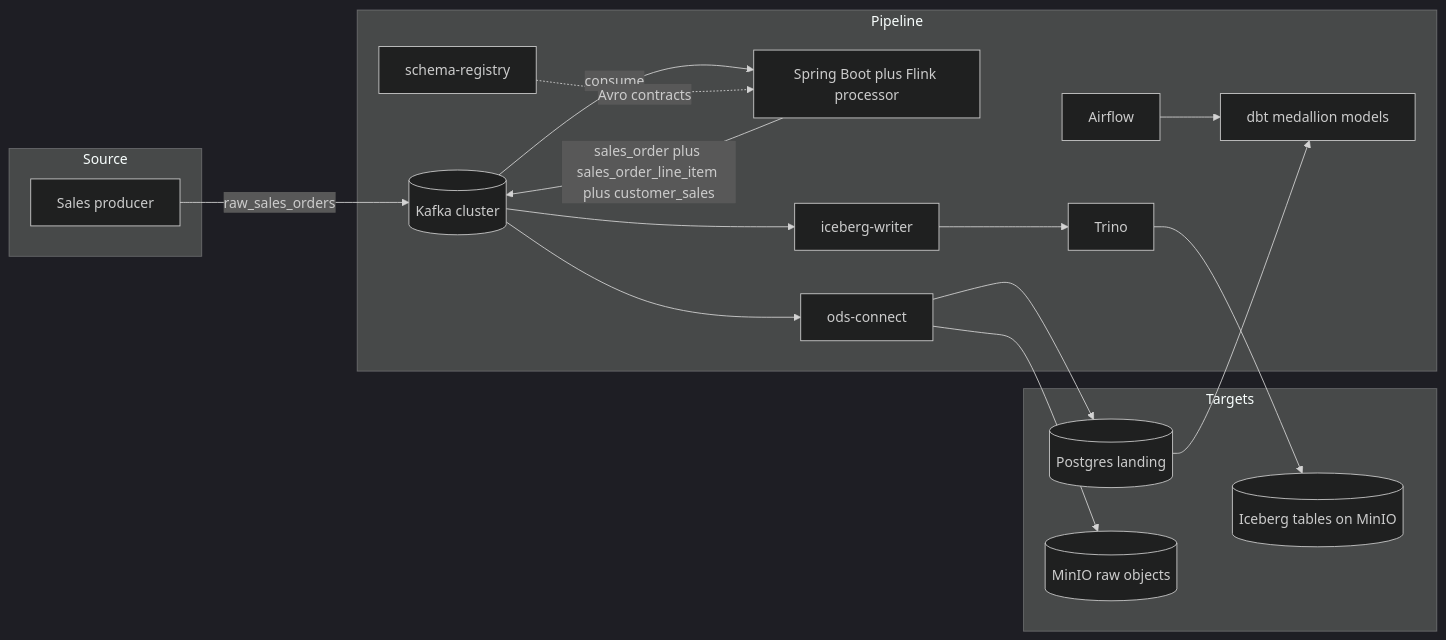
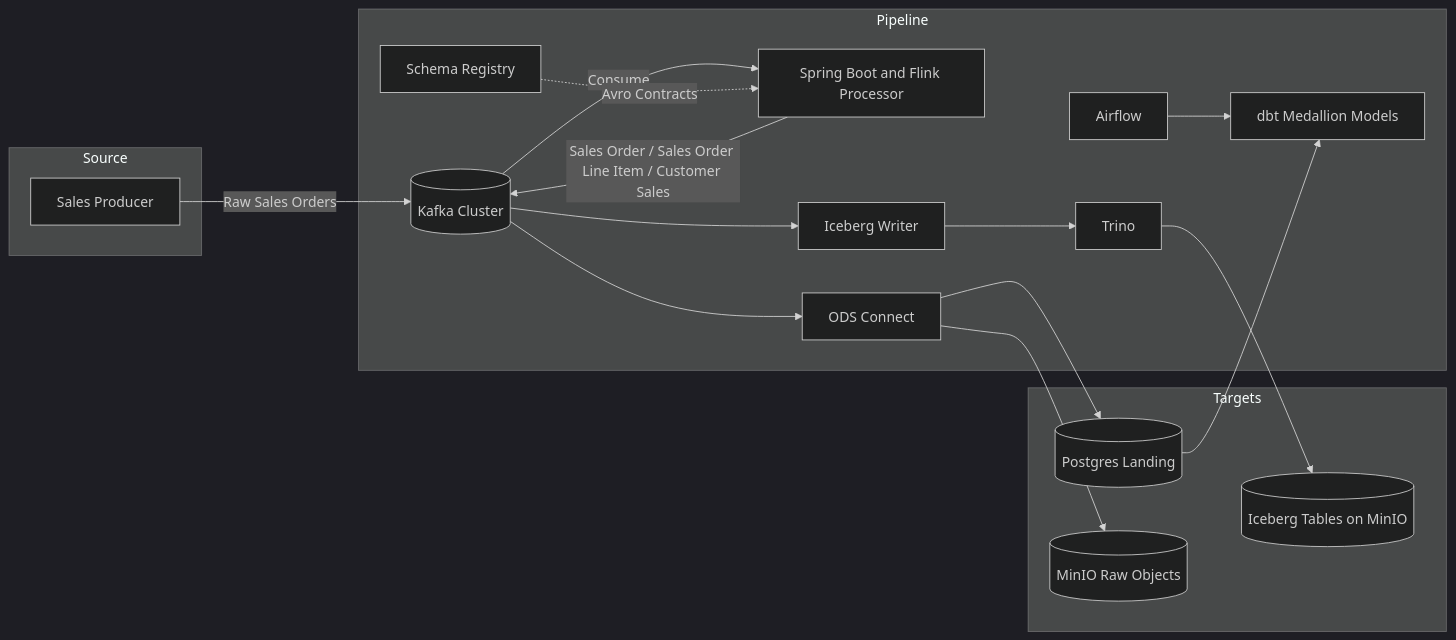
One commit to paulchen8206/Full-Stack-Modern-Data-Architecture-and-Engineering changed the third of 9 diagrams in docs/architecture.md. Above: the diagram before and after it, drawn with Mermaid (dark theme). The commit also changed other lines of this file and 122 other files, not shown here.

````diff
--- a/docs/architecture.md
+++ b/docs/architecture.md
@@ -435,36 +435,36 @@
 ```mermaid
 flowchart LR
   subgraph S[Source]
-    P[Sales producer]
+    P[Sales Producer]
   end
 
   subgraph P1[Pipeline]
-    K[(Kafka cluster)]
-    F[Spring Boot plus Flink processor]
-    SR[schema-registry]
-    ODS[ods-connect]
-    IW[iceberg-writer]
+    K[(Kafka Cluster)]
+    F[Spring Boot and Flink Processor]
+    SR[Schema Registry]
+    ODS[ODS Connect]
+    IW[Iceberg Writer]
     T[Trino]
     A[Airflow]
-    D[dbt medallion models]
+    D[dbt Medallion Models]
   end
 
   subgraph T1[Targets]
-    PG[(Postgres landing)]
-    M[(MinIO raw objects)]
-    I[(Iceberg tables on MinIO)]
+    PG[(Postgres Landing)]
+    M[(MinIO Raw Objects)]
+    I[(Iceberg Tables on MinIO)]
   end
 
-  P -->|raw_sales_orders| K
-  K -->|consume| F
-  SR -.Avro contracts.-> F
-  F -->|sales_order plus sales_order_line_item plus customer_sales| K
+  P -->|Raw Sales Orders| K
+  K -->|Consume| F
+  SR -.Avro Contracts.-> F
+  F -->|Sales Order / Sales Order Line Item / Customer Sales| K
   K --> ODS
   ODS --> PG
   ODS --> M
   K --> IW
   IW --> T
   T --> I
   PG --> D
   A --> D
 ```
````
